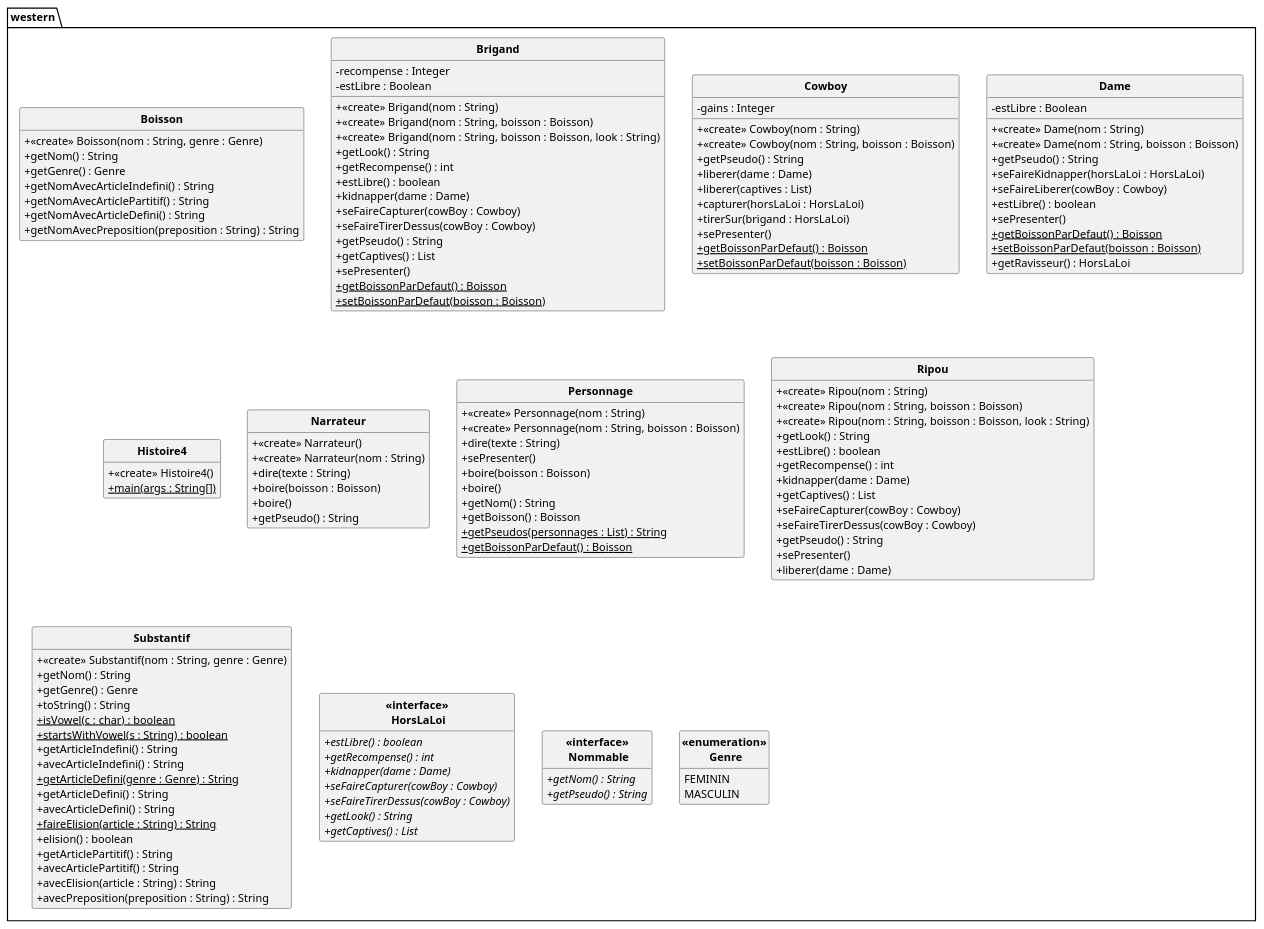
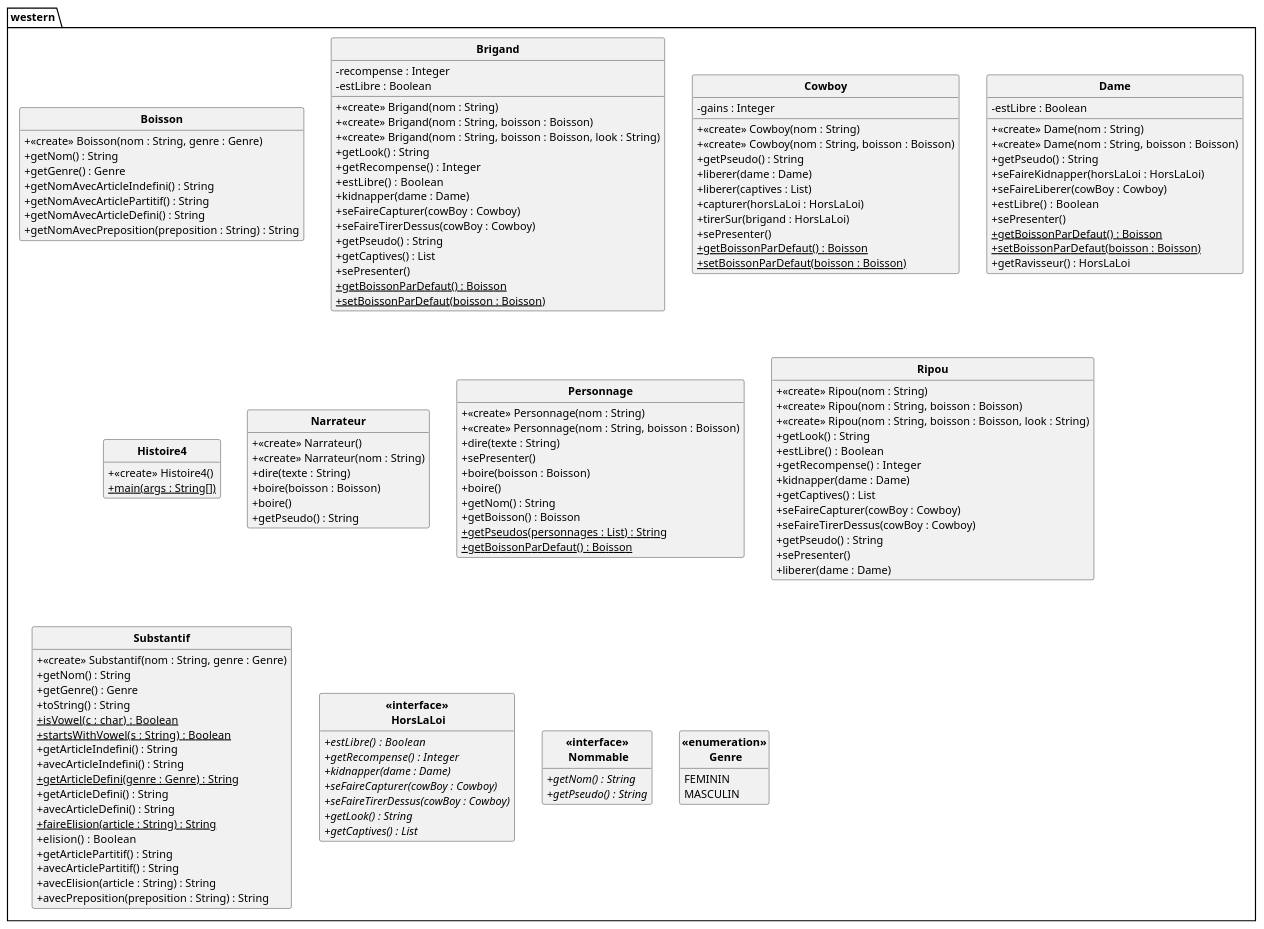
The diagram in javadoc.puml (Lykomonix/API-JAVAtoPUML), drawn with PlantUML before and after one commit. The commit also changed 14 other files, not shown here.

```diff
--- a/javadoc.puml
+++ b/javadoc.puml
@@ -1,165 +1,165 @@
 @startuml
 
 skinparam style strictuml
 skinparam classAttributeIconSize 0
 skinparam classFontStyle Bold
 hide empty members
 
 Package "western" {
 class Boisson
 {
 + <<create>> Boisson(nom : String, genre : Genre) 
 + getNom() : String
 + getGenre() : Genre
 + getNomAvecArticleIndefini() : String
 + getNomAvecArticlePartitif() : String
 + getNomAvecArticleDefini() : String
 + getNomAvecPreposition(preposition : String) : String
 }
 
 class Brigand
 {
 - recompense : Integer
 - estLibre : Boolean
 + <<create>> Brigand(nom : String) 
 + <<create>> Brigand(nom : String, boisson : Boisson) 
 + <<create>> Brigand(nom : String, boisson : Boisson, look : String) 
 + getLook() : String
-+ getRecompense() : int
-+ estLibre() : boolean
++ getRecompense()  : Integer
++ estLibre()  : Boolean
 + kidnapper(dame : Dame) 
 + seFaireCapturer(cowBoy : Cowboy) 
 + seFaireTirerDessus(cowBoy : Cowboy) 
 + getPseudo() : String
 + getCaptives() : List
 + sePresenter() 
 + {static} getBoissonParDefaut() : Boisson
 + {static} setBoissonParDefaut(boisson : Boisson) 
 }
 
 class Cowboy
 {
 - gains : Integer
 + <<create>> Cowboy(nom : String) 
 + <<create>> Cowboy(nom : String, boisson : Boisson) 
 + getPseudo() : String
 + liberer(dame : Dame) 
 + liberer(captives : List) 
 + capturer(horsLaLoi : HorsLaLoi) 
 + tirerSur(brigand : HorsLaLoi) 
 + sePresenter() 
 + {static} getBoissonParDefaut() : Boisson
 + {static} setBoissonParDefaut(boisson : Boisson) 
 }
 
 class Dame
 {
 - estLibre : Boolean
 + <<create>> Dame(nom : String) 
 + <<create>> Dame(nom : String, boisson : Boisson) 
 + getPseudo() : String
 + seFaireKidnapper(horsLaLoi : HorsLaLoi) 
 + seFaireLiberer(cowBoy : Cowboy) 
-+ estLibre() : boolean
++ estLibre()  : Boolean
 + sePresenter() 
 + {static} getBoissonParDefaut() : Boisson
 + {static} setBoissonParDefaut(boisson : Boisson) 
 + getRavisseur() : HorsLaLoi
 }
 
 class Histoire4
 {
 + <<create>> Histoire4() 
 + {static} main(args : String[]) 
 }
 
 class Narrateur
 {
 + <<create>> Narrateur() 
 + <<create>> Narrateur(nom : String) 
 + dire(texte : String) 
 + boire(boisson : Boisson) 
 + boire() 
 + getPseudo() : String
 }
 
 class Personnage
 {
 + <<create>> Personnage(nom : String) 
 + <<create>> Personnage(nom : String, boisson : Boisson) 
 + dire(texte : String) 
 + sePresenter() 
 + boire(boisson : Boisson) 
 + boire() 
 + getNom() : String
 + getBoisson() : Boisson
 + {static} getPseudos(personnages : List) : String
 + {static} getBoissonParDefaut() : Boisson
 }
 
 class Ripou
 {
 + <<create>> Ripou(nom : String) 
 + <<create>> Ripou(nom : String, boisson : Boisson) 
 + <<create>> Ripou(nom : String, boisson : Boisson, look : String) 
 + getLook() : String
-+ estLibre() : boolean
-+ getRecompense() : int
++ estLibre()  : Boolean
++ getRecompense()  : Integer
 + kidnapper(dame : Dame) 
 + getCaptives() : List
 + seFaireCapturer(cowBoy : Cowboy) 
 + seFaireTirerDessus(cowBoy : Cowboy) 
 + getPseudo() : String
 + sePresenter() 
 + liberer(dame : Dame) 
 }
 
 class Substantif
 {
 + <<create>> Substantif(nom : String, genre : Genre) 
 + getNom() : String
 + getGenre() : Genre
 + toString() : String
-+ {static} isVowel(c : char) : boolean
-+ {static} startsWithVowel(s : String) : boolean
++ {static} isVowel(c : char)  : Boolean
++ {static} startsWithVowel(s : String)  : Boolean
 + getArticleIndefini() : String
 + avecArticleIndefini() : String
 + {static} getArticleDefini(genre : Genre) : String
 + getArticleDefini() : String
 + avecArticleDefini() : String
 + {static} faireElision(article : String) : String
-+ elision() : boolean
++ elision()  : Boolean
 + getArticlePartitif() : String
 + avecArticlePartitif() : String
 + avecElision(article : String) : String
 + avecPreposition(preposition : String) : String
 }
 
 class "<<interface>>\n HorsLaLoi" as HorsLaLoi
 {
-+ {abstract} estLibre() : boolean
-+ {abstract} getRecompense() : int
++ {abstract} estLibre()  : Boolean
++ {abstract} getRecompense()  : Integer
 + {abstract} kidnapper(dame : Dame) 
 + {abstract} seFaireCapturer(cowBoy : Cowboy) 
 + {abstract} seFaireTirerDessus(cowBoy : Cowboy) 
 + {abstract} getLook() : String
 + {abstract} getCaptives() : List
 
 }
 
 class "<<interface>>\n Nommable" as Nommable
 {
 + {abstract} getNom() : String
 + {abstract} getPseudo() : String
 
 }
 
 class "<<enumeration>>\n Genre" as Genre
 {
 FEMININ
 MASCULIN
 }
 
 }
 
 @enduml
```
